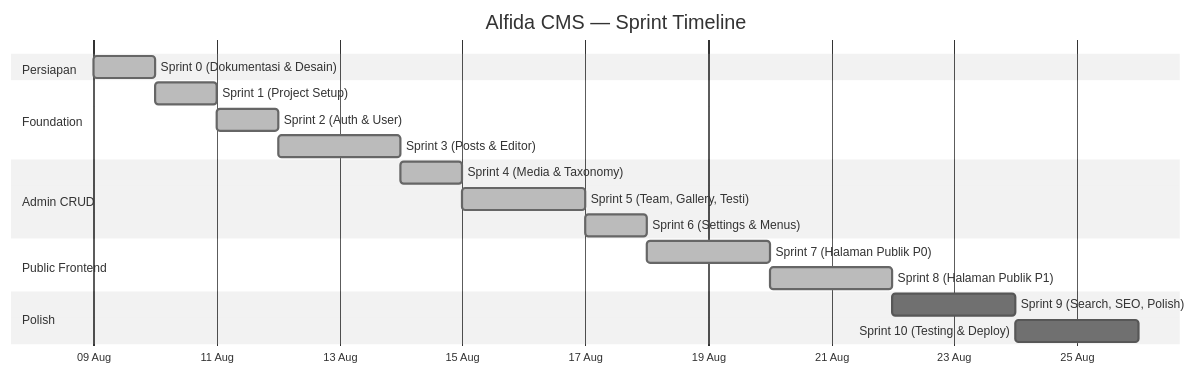
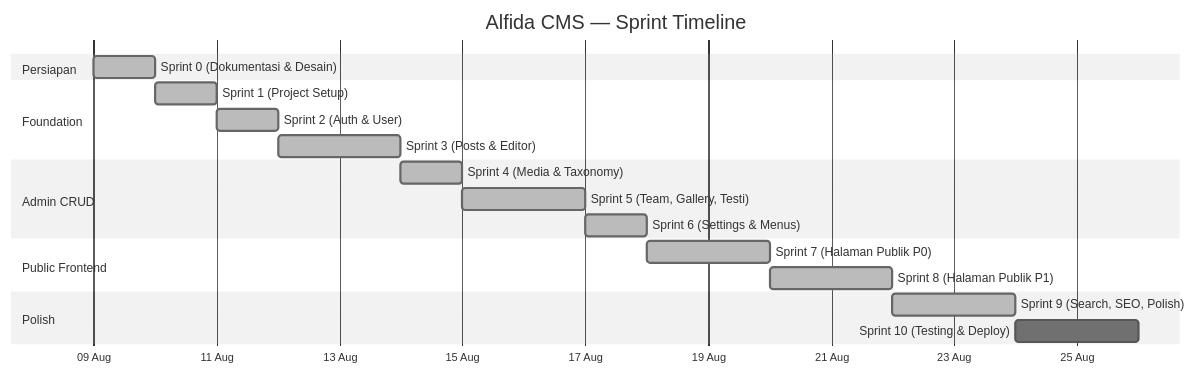
One commit to alchemista27/nextcms changed the diagram in docs/sprint-plan.md. Above: the diagram before and after it, drawn with Mermaid (neutral theme). The commit also changed other lines of this file and 1 other file, not shown here.

Commit message:
feat(seo): implement sprint 9 search, sitemap, seo panel, and isr

````diff
--- a/docs/sprint-plan.md
+++ b/docs/sprint-plan.md
@@ -17,27 +17,27 @@
 ```mermaid
 gantt
     title Alfida CMS — Sprint Timeline
     dateFormat YYYY-MM-DD
     axisFormat %d %b
 
     section Persiapan
     Sprint 0 (Dokumentasi & Desain)  :done, s0, 2026-08-09, 1d
 
     section Foundation
     Sprint 1 (Project Setup)         :done, s1, after s0, 1d
     Sprint 2 (Auth & User)           :done, s2, after s1, 1d
     Sprint 3 (Posts & Editor)        :done, s3, after s2, 2d
 
     section Admin CRUD
     Sprint 4 (Media & Taxonomy)      :done, s4, after s3, 1d
     Sprint 5 (Team, Gallery, Testi)  :done, s5, after s4, 2d
     Sprint 6 (Settings & Menus)      :done, s6, after s5, 1d
 
     section Public Frontend
     Sprint 7 (Halaman Publik P0)     :done, s7, after s6, 2d
     Sprint 8 (Halaman Publik P1)     :done, s8, after s7, 2d
 
     section Polish
-    Sprint 9 (Search, SEO, Polish)   :s9, after s8, 2d
+    Sprint 9 (Search, SEO, Polish)   :done, s9, after s8, 2d
     Sprint 10 (Testing & Deploy)     :s10, after s9, 2d
 ```
````
